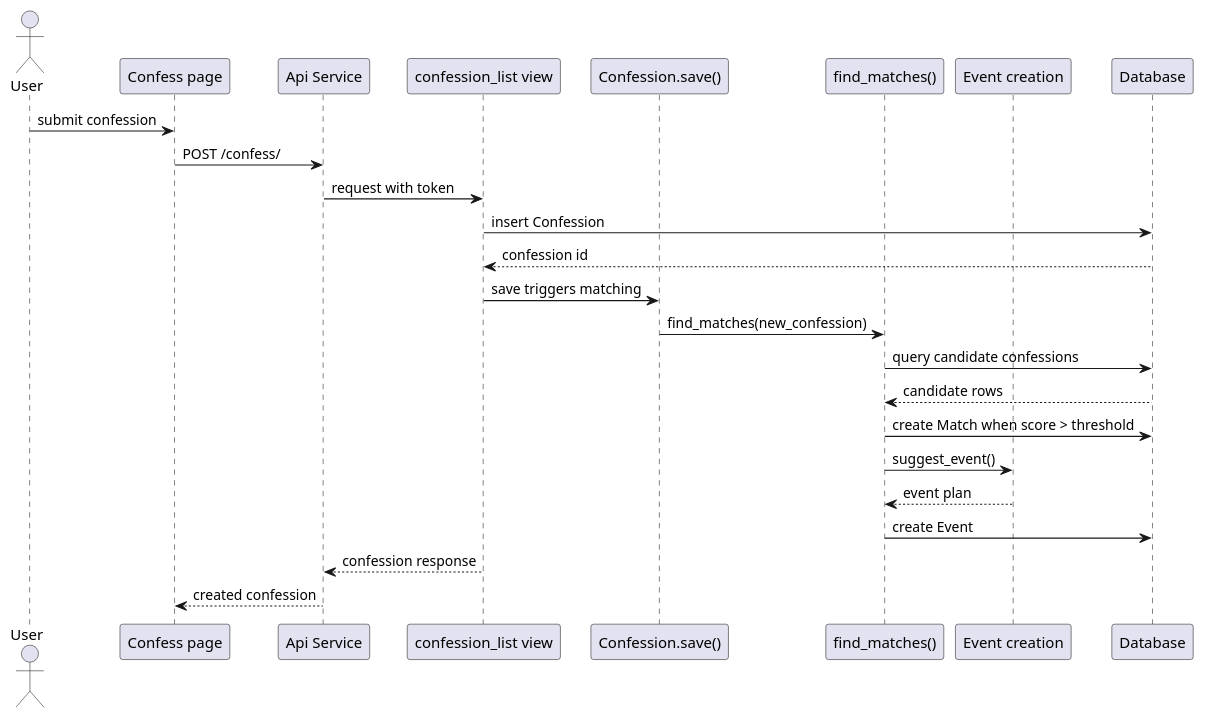
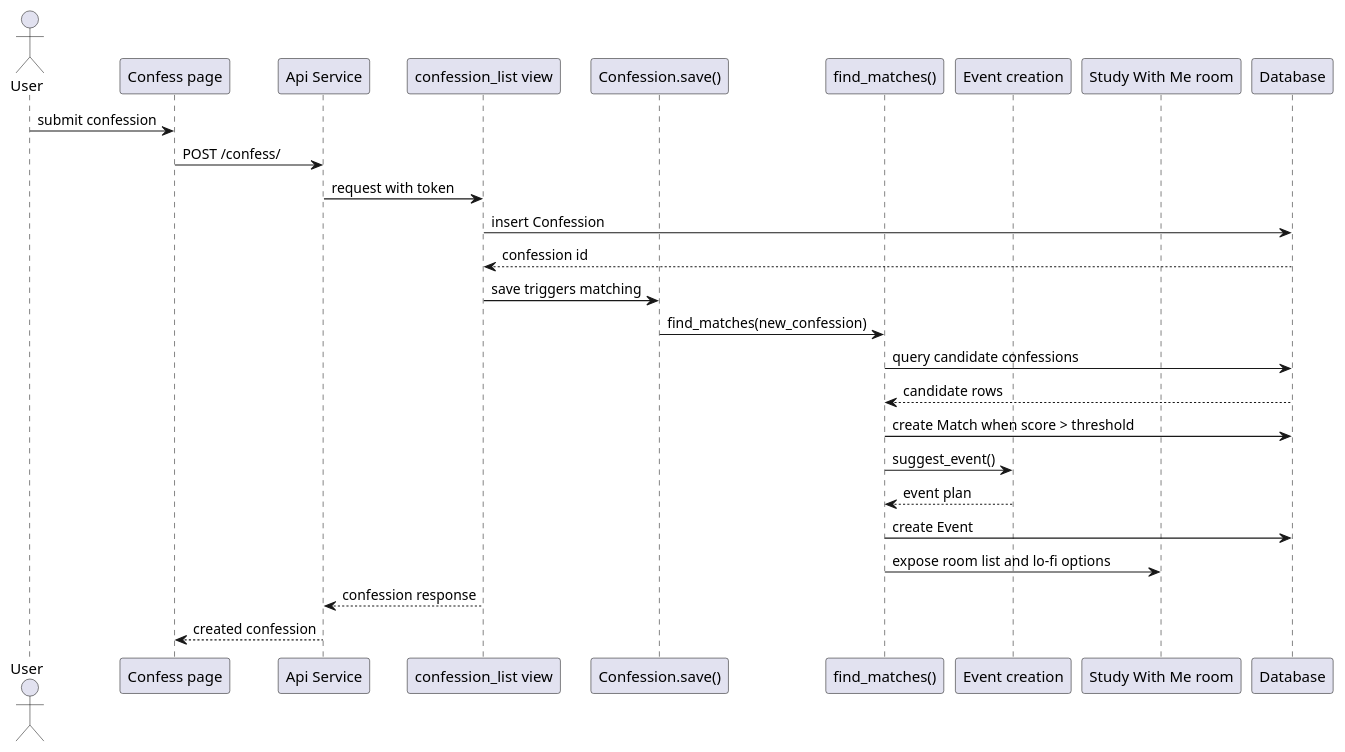
One commit to Ghofranz/anti_depression changed the diagram in documentation/uml-sequence-confession-match.puml. Above: the diagram before and after it, drawn with PlantUML. The commit also changed 70 other files, not shown here.

```diff
--- a/documentation/uml-sequence-confession-match.puml
+++ b/documentation/uml-sequence-confession-match.puml
@@ -1,26 +1,28 @@
 @startuml
 actor User
 participant "Confess page" as FE
 participant "Api Service" as API
 participant "confession_list view" as BE
 participant "Confession.save()" as SAVE
 participant "find_matches()" as MATCH
 participant "Event creation" as EVENT
+participant "Study With Me room" as STUDY
 participant "Database" as DB
 
 User -> FE : submit confession
 FE -> API : POST /confess/
 API -> BE : request with token
 BE -> DB : insert Confession
 DB --> BE : confession id
 BE -> SAVE : save triggers matching
 SAVE -> MATCH : find_matches(new_confession)
 MATCH -> DB : query candidate confessions
 DB --> MATCH : candidate rows
 MATCH -> DB : create Match when score > threshold
 MATCH -> EVENT : suggest_event()
 EVENT --> MATCH : event plan
 MATCH -> DB : create Event
+MATCH -> STUDY : expose room list and lo-fi options
 BE --> API : confession response
 API --> FE : created confession
 @enduml
```
